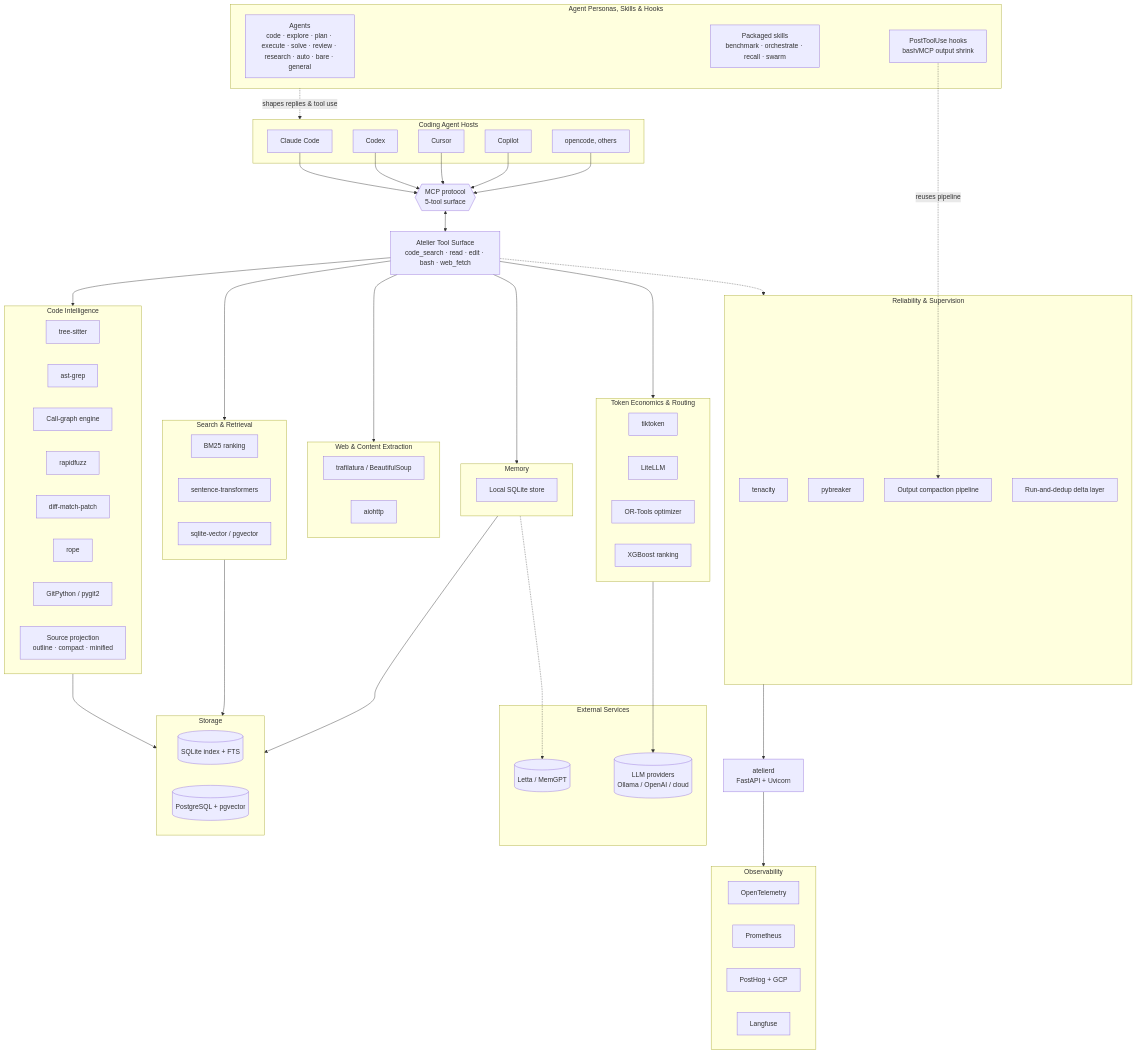
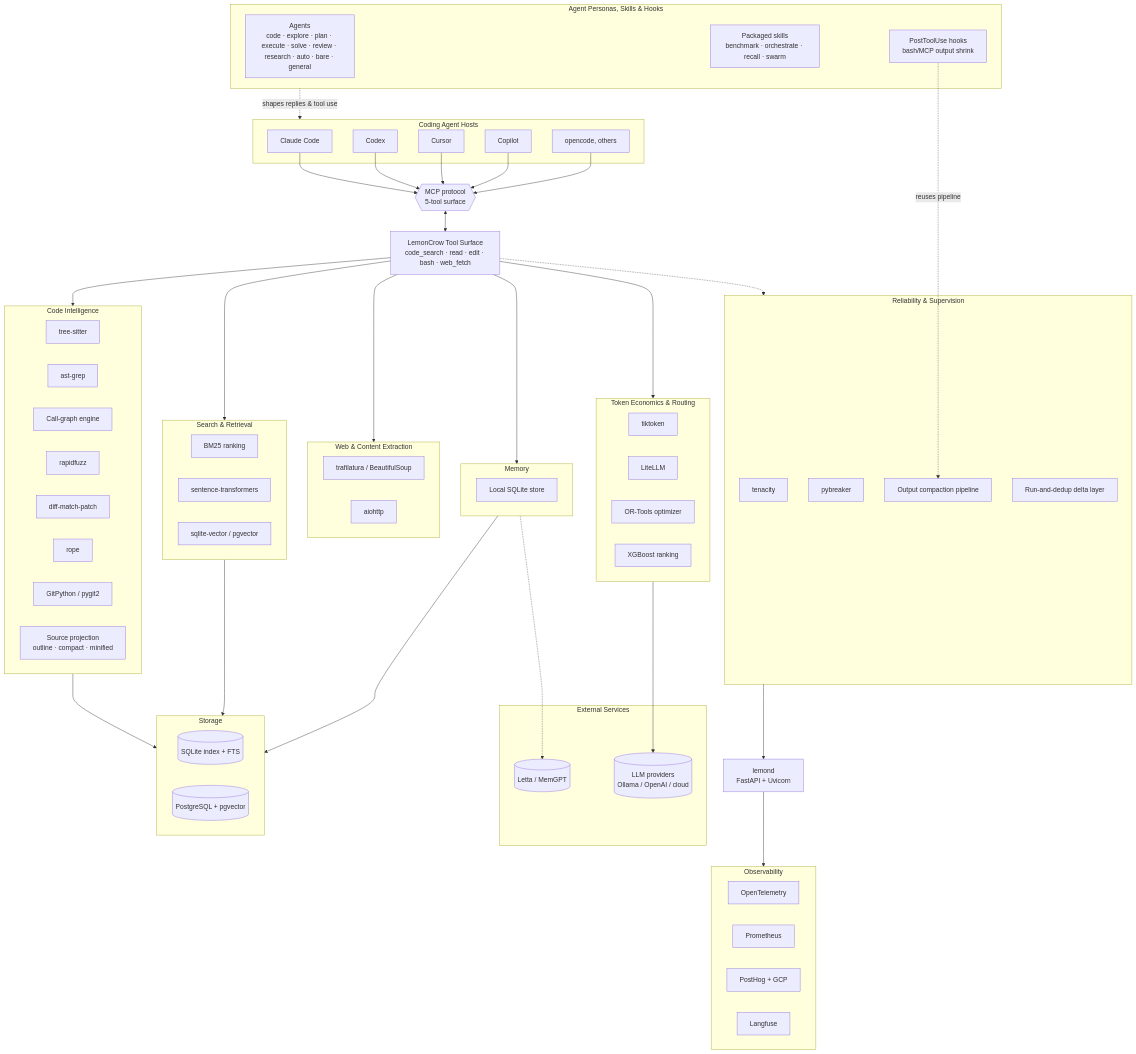
Before and after one commit to lemoncrow-lab/lemoncrow: the diagram in docs/architecture.md, drawn with Mermaid. The commit also changed other lines of this file and 1886 other files, not shown here.

First line of the commit message:
refactor: rebrand project as LemonCrow

```diff
--- a/docs/architecture.md
+++ b/docs/architecture.md
@@ -21,7 +21,7 @@
     end
 
     MCP{{"MCP protocol<br/>5-tool surface"}}
-    Tools["Atelier Tool Surface<br/>code_search · read · edit · bash · web_fetch"]
+    Tools["LemonCrow Tool Surface<br/>code_search · read · edit · bash · web_fetch"]
 
     subgraph CodeIntel["Code Intelligence"]
         TS["tree-sitter"]
@@ -63,7 +63,7 @@
         Dedup["Run-and-dedup delta layer"]
     end
 
-    Daemon["atelierd<br/>FastAPI + Uvicorn"]
+    Daemon["lemond<br/>FastAPI + Uvicorn"]
 
     subgraph Storage["Storage"]
         SQLite[("SQLite index + FTS")]
```
